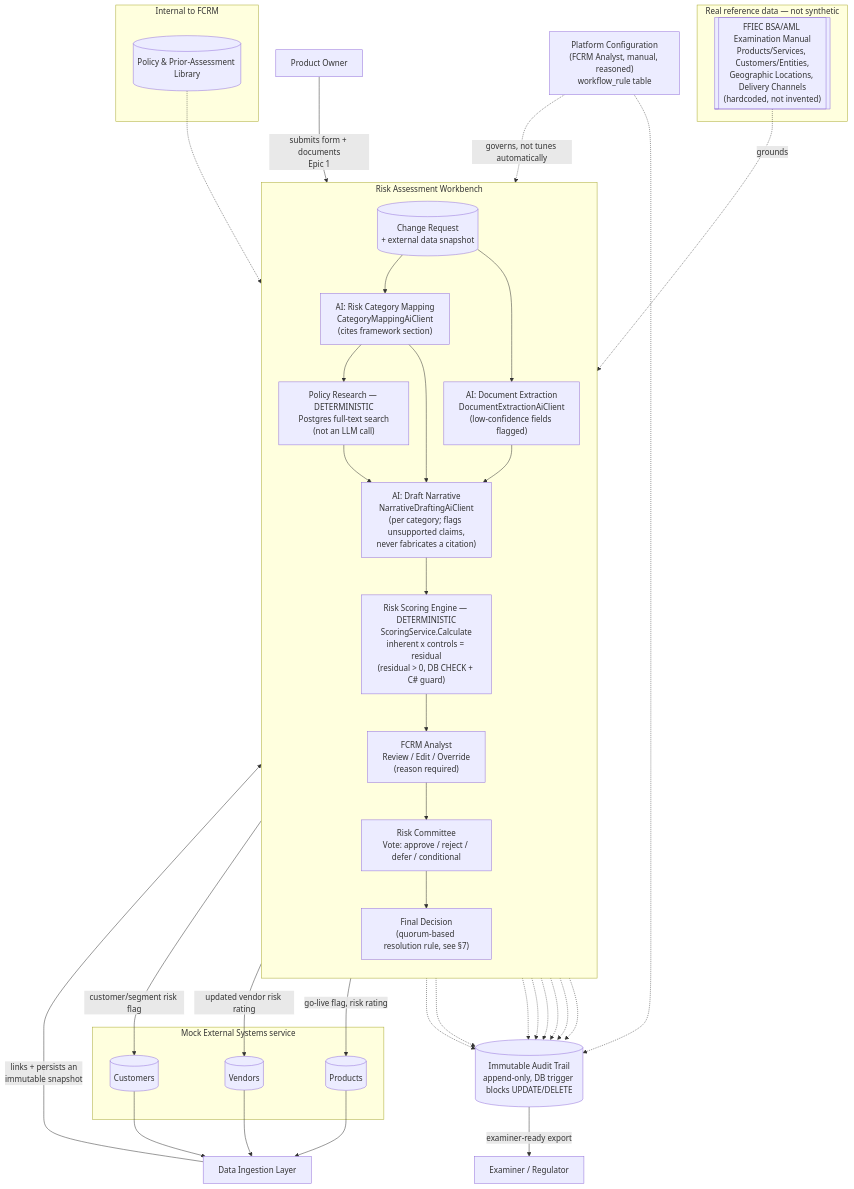
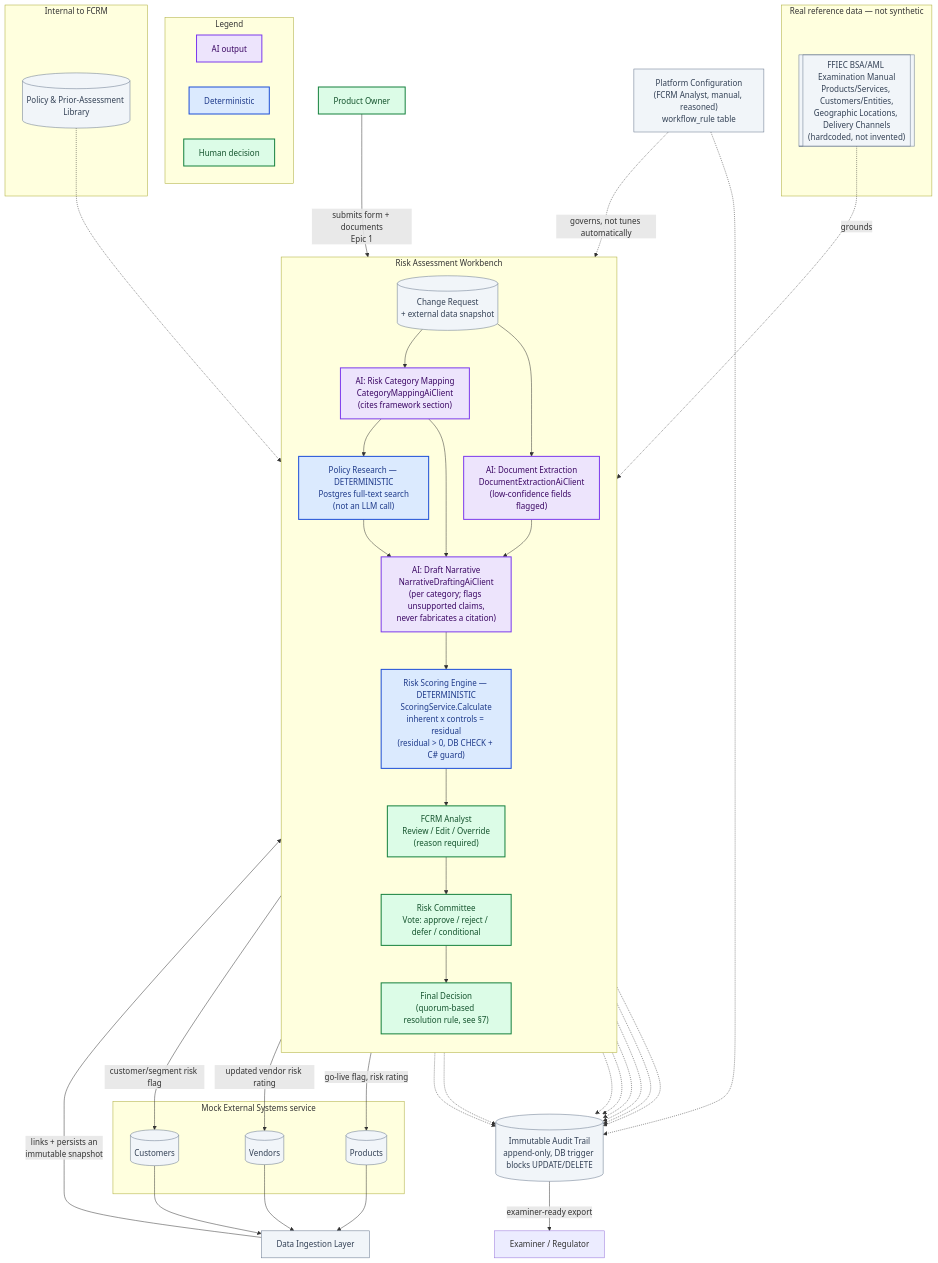
The second of 5 diagrams in docs/architecture/ecosystem-diagram.md (surajkoditala/humaid-risk-governance), drawn with Mermaid before and after one commit. The commit also changed other lines of this file and 1 other file, not shown here.

Commit message:
Make the AI-vs-human split visually explicit in both diagrams
Raised by Shanthi in the 22 Sep standup: the ecosystem diagram should let a
panelist see at a glance where AI acts and where a human decides, without
adding more text (the goal was a picture that "speaks for itself"), and the
diagram was also hard to scan due to crossing lines.

- ecosystem-diagram.md: color-coded the main workflow flowchart (purple = AI,
  blue = deterministic, green = human, gray = infrastructure) with a Legend
  subgraph, via classDef/class - no structural or content change, so this
  doesn't touch the line-routing complaint (that needs a harder look at the
  layout itself, tracked separately).
- human-in-the-loop-gates.md: added a diagram version of the existing gate
  table, one subgraph per epic (source -> gate -> audit trail), same color
  key, so the table's content is available as a picture too.
- Revision log and status date updated on the ecosystem diagram.

````diff
--- a/docs/architecture/ecosystem-diagram.md
+++ b/docs/architecture/ecosystem-diagram.md
@@ -69,58 +69,75 @@
 ```mermaid
 flowchart TB
+    classDef ai fill:#ede4fc,stroke:#7c3aed,color:#3b0764,stroke-width:2px
+    classDef deterministic fill:#dbeafe,stroke:#1d4ed8,color:#1e3a8a,stroke-width:2px
+    classDef human fill:#dcfce7,stroke:#15803d,color:#14532d,stroke-width:2px
+    classDef infra fill:#f1f5f9,stroke:#64748b,color:#334155,stroke-width:1px
+
+    subgraph LEGEND["Legend"]
+        direction LR
+        LG1["AI output"]:::ai
+        LG2["Deterministic"]:::deterministic
+        LG3["Human decision"]:::human
+    end
+
     PO["Product Owner"] -->|submits form + documents<br/>Epic 1| CR
 
     subgraph EXT["Mock External Systems service"]
         CRM[(Customers)]
         CBS[(Products)]
         VMS[(Vendors)]
     end
 
     subgraph INTSRC["Internal to FCRM"]
         POLICYLIB[(Policy & Prior-Assessment Library)]
     end
 
     subgraph REFDATA["Real reference data — not synthetic"]
         FRAMEWORK[["FFIEC BSA/AML Examination Manual<br/>Products/Services, Customers/Entities,<br/>Geographic Locations, Delivery Channels<br/>(hardcoded, not invented)"]]
     end
 
     CRM --> INGEST
     CBS --> INGEST
     VMS --> INGEST
 
     INGEST[Data Ingestion Layer] -->|links + persists an<br/>immutable snapshot| CR[(Change Request<br/>+ external data snapshot)]
 
     subgraph WORKBENCH["Risk Assessment Workbench"]
         direction TB
         CR --> MAP["AI: Risk Category Mapping<br/>CategoryMappingAiClient<br/>(cites framework section)"]
         FRAMEWORK -. grounds .-> MAP
         CR --> EXTRACT["AI: Document Extraction<br/>DocumentExtractionAiClient<br/>(low-confidence fields flagged)"]
         MAP --> POLICY["Policy Research — DETERMINISTIC<br/>Postgres full-text search<br/>(not an LLM call)"]
         POLICYLIB -.-> POLICY
         MAP --> DRAFT["AI: Draft Narrative<br/>NarrativeDraftingAiClient<br/>(per category; flags unsupported claims,<br/>never fabricates a citation)"]
         EXTRACT --> DRAFT
         POLICY --> DRAFT
         DRAFT --> SCORE["Risk Scoring Engine — DETERMINISTIC<br/>ScoringService.Calculate<br/>inherent x controls = residual<br/>(residual > 0, DB CHECK + C# guard)"]
         SCORE --> REVIEW["FCRM Analyst<br/>Review / Edit / Override<br/>(reason required)"]
         REVIEW --> COMMITTEE["Risk Committee<br/>Vote: approve / reject / defer / conditional"]
         COMMITTEE --> DECISION["Final Decision<br/>(quorum-based resolution rule, see §7)"]
     end
 
     CONFIG["Platform Configuration<br/>(FCRM Analyst, manual, reasoned)<br/>workflow_rule table"] -.->|governs, not tunes automatically| SCORE
 
     AUDIT[("Immutable Audit Trail<br/>append-only, DB trigger blocks UPDATE/DELETE")]
     MAP -.-> AUDIT
     EXTRACT -.-> AUDIT
     POLICY -.-> AUDIT
     DRAFT -.-> AUDIT
     SCORE -.-> AUDIT
     REVIEW -.-> AUDIT
     COMMITTEE -.-> AUDIT
     DECISION -.-> AUDIT
     CONFIG -.-> AUDIT
 
     DECISION -->|go-live flag, risk rating| CBS
     DECISION -->|updated vendor risk rating| VMS
     DECISION -->|customer/segment risk flag| CRM
     AUDIT -->|examiner-ready export| EXAM[Examiner / Regulator]
+
+    class PO,REVIEW,COMMITTEE,DECISION human
+    class MAP,EXTRACT,DRAFT ai
+    class POLICY,SCORE deterministic
+    class CR,INGEST,AUDIT,CONFIG,FRAMEWORK,CRM,CBS,VMS,POLICYLIB infra
 ```
````
